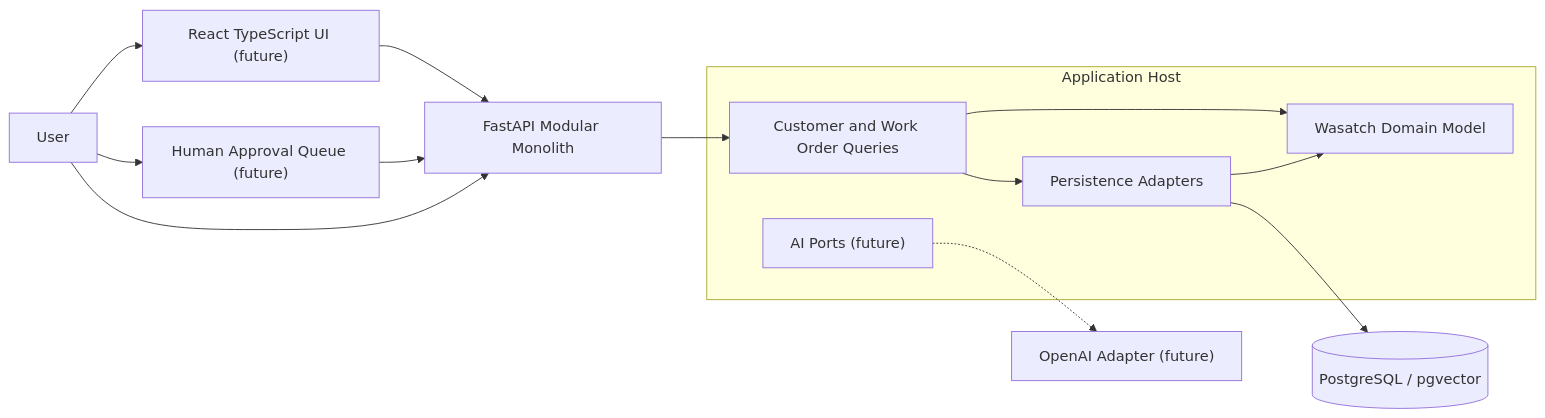
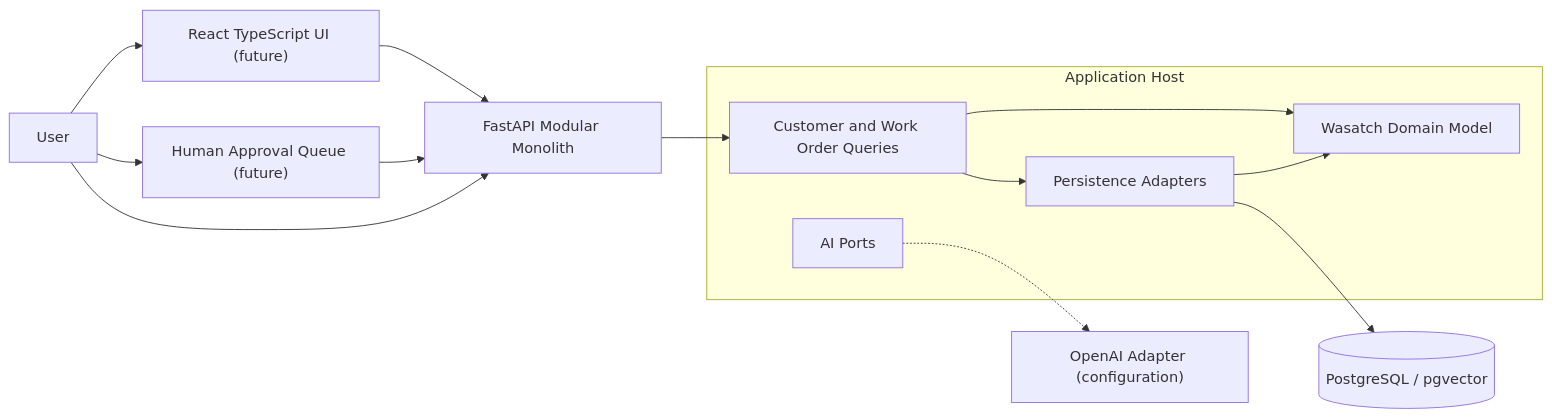
Before and after one commit to anotherhale/ai-solutions-lab: the diagram in docs/ARCHITECTURE.md, drawn with Mermaid. The commit also changed other lines of this file and 39 other files, not shown here.

````diff
--- a/docs/ARCHITECTURE.md
+++ b/docs/ARCHITECTURE.md
@@ -19,22 +19,22 @@
 ```mermaid
 flowchart LR
     User[User] --> Web["React TypeScript UI (future)"]
     User --> Human["Human Approval Queue (future)"]
     Web --> API[FastAPI Modular Monolith]
     Human --> API
     User --> API
 
     subgraph Monolith["Application Host"]
         Queries[Customer and Work Order Queries]
         Domain[Wasatch Domain Model]
         Persist[Persistence Adapters]
-        AIPorts["AI Ports (future)"]
+        AIPorts["AI Ports"]
         Queries --> Domain
         Queries --> Persist
         Persist --> Domain
     end
 
     API --> Queries
     Persist --> PG[(PostgreSQL / pgvector)]
-    AIPorts -.-> OpenAI["OpenAI Adapter (future)"]
+    AIPorts -.-> OpenAI["OpenAI Adapter (configuration)"]
 ```
````
